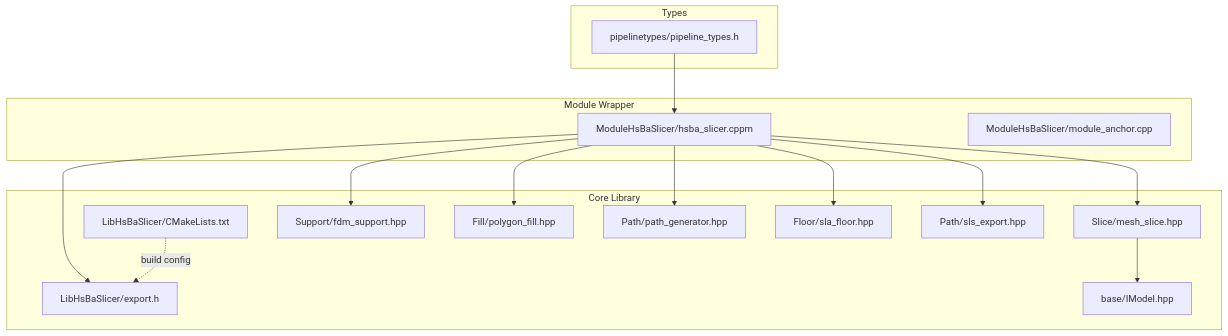
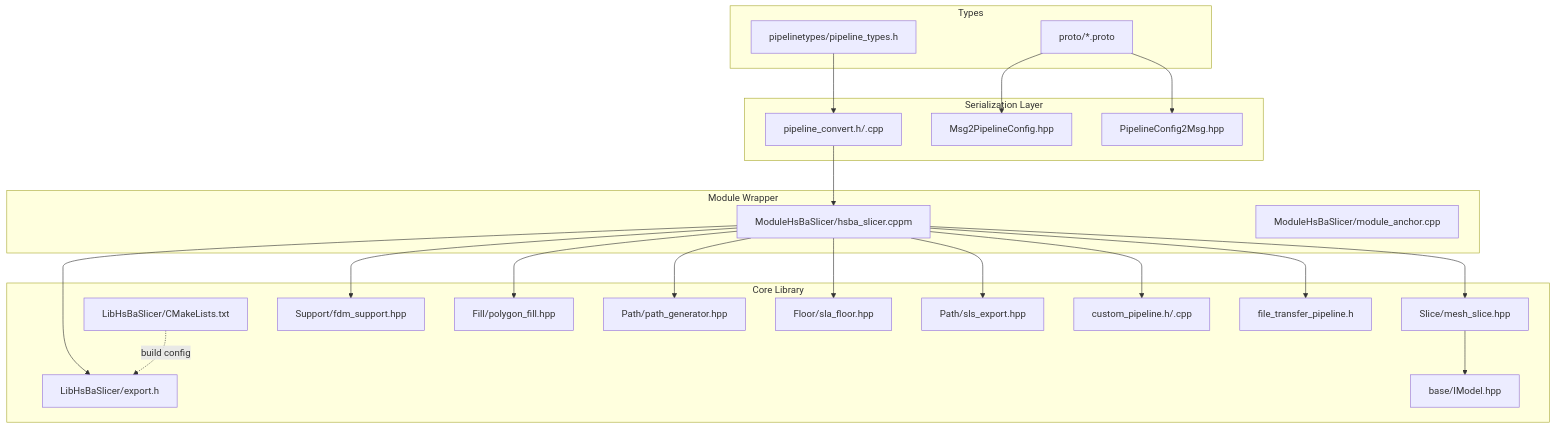
Before and after one commit to hsmbanlance/HsBaSlicer: the first of 9 diagrams in .qoder/repowiki/en/content/Core Architecture/Pipeline Types Abstraction.md, drawn with Mermaid. The commit also changed other lines of this file and 14 other files, not shown here.

````diff
--- a/.qoder/repowiki/en/content/Core Architecture/Pipeline Types Abstraction.md
+++ b/.qoder/repowiki/en/content/Core Architecture/Pipeline Types Abstraction.md
@@ -44,31 +61,44 @@
 ```mermaid
 graph TB
 subgraph "Types"
 PT["pipelinetypes/pipeline_types.h"]
+PROTO["proto/*.proto"]
+end
+subgraph "Serialization Layer"
+CONVERT["pipeline_convert.h/.cpp"]
+MSG2CFG["Msg2PipelineConfig.hpp"]
+CFG2MSG["PipelineConfig2Msg.hpp"]
 end
 subgraph "Module Wrapper"
 MIF["ModuleHsBaSlicer/hsba_slicer.cppm"]
 MAN["ModuleHsBaSlicer/module_anchor.cpp"]
 end
 subgraph "Core Library"
 LEXP["LibHsBaSlicer/export.h"]
 CMK["LibHsBaSlicer/CMakeLists.txt"]
 SLICE["Slice/mesh_slice.hpp"]
 SUPPORT["Support/fdm_support.hpp"]
 FILL["Fill/polygon_fill.hpp"]
 PATH["Path/path_generator.hpp"]
 FLOOR["Floor/sla_floor.hpp"]
 SLS["Path/sls_export.hpp"]
 IMODEL["base/IModel.hpp"]
+CUSTOM["custom_pipeline.h/.cpp"]
+FILEXFER["file_transfer_pipeline.h"]
 end
-PT --> MIF
+PT --> CONVERT
+PROTO --> MSG2CFG
+PROTO --> CFG2MSG
+CONVERT --> MIF
 MIF --> LEXP
 MIF --> SLICE
 MIF --> SUPPORT
 MIF --> FILL
 MIF --> PATH
 MIF --> FLOOR
 MIF --> SLS
+MIF --> CUSTOM
+MIF --> FILEXFER
 SLICE --> IMODEL
 CMK -. build config .-> LEXP
 ```
````
